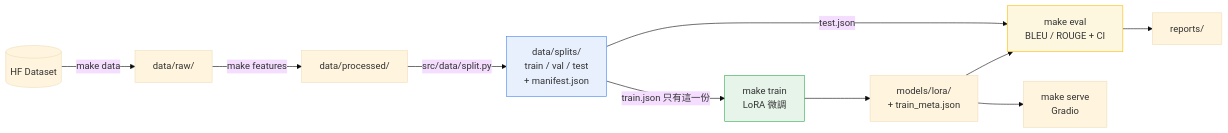
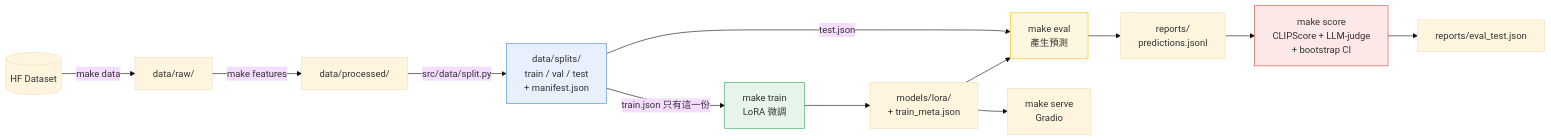
Before and after one commit to lee851104/lora_mars: the diagram in README.md, drawn with Mermaid (base theme). The commit also changed other lines of this file and 15 other files, not shown here.

````diff
--- a/README.md
+++ b/README.md
@@ -53,19 +58,22 @@
 ```mermaid
 flowchart LR
     HF[(HF Dataset)] -->|make data| RAW[data/raw/]
     RAW -->|make features| PROC[data/processed/]
     PROC -->|src/data/split.py| SPLITS[data/splits/<br/>train / val / test<br/>+ manifest.json]
 
     SPLITS -->|train.json 只有這一份| TRAIN[make train<br/>LoRA 微調]
     TRAIN --> ADP[models/lora/<br/>+ train_meta.json]
 
-    SPLITS -->|test.json| EVAL[make eval<br/>BLEU / ROUGE + CI]
-    ADP --> EVAL
+    SPLITS -->|test.json| GEN[make eval<br/>產生預測]
+    ADP --> GEN
     ADP --> SERVE[make serve<br/>Gradio]
 
-    EVAL --> REP[reports/]
+    GEN --> PRED[reports/<br/>predictions.jsonl]
+    PRED --> SCORE[make score<br/>CLIPScore + LLM-judge<br/>+ bootstrap CI]
+    SCORE --> REP[reports/eval_test.json]
 
     style SPLITS fill:#e8f0fe,stroke:#4285f4
     style TRAIN fill:#e6f4ea,stroke:#34a853
-    style EVAL fill:#fef7e0,stroke:#fbbc04
+    style GEN fill:#fef7e0,stroke:#fbbc04
+    style SCORE fill:#fce8e6,stroke:#ea4335
 ```
````
